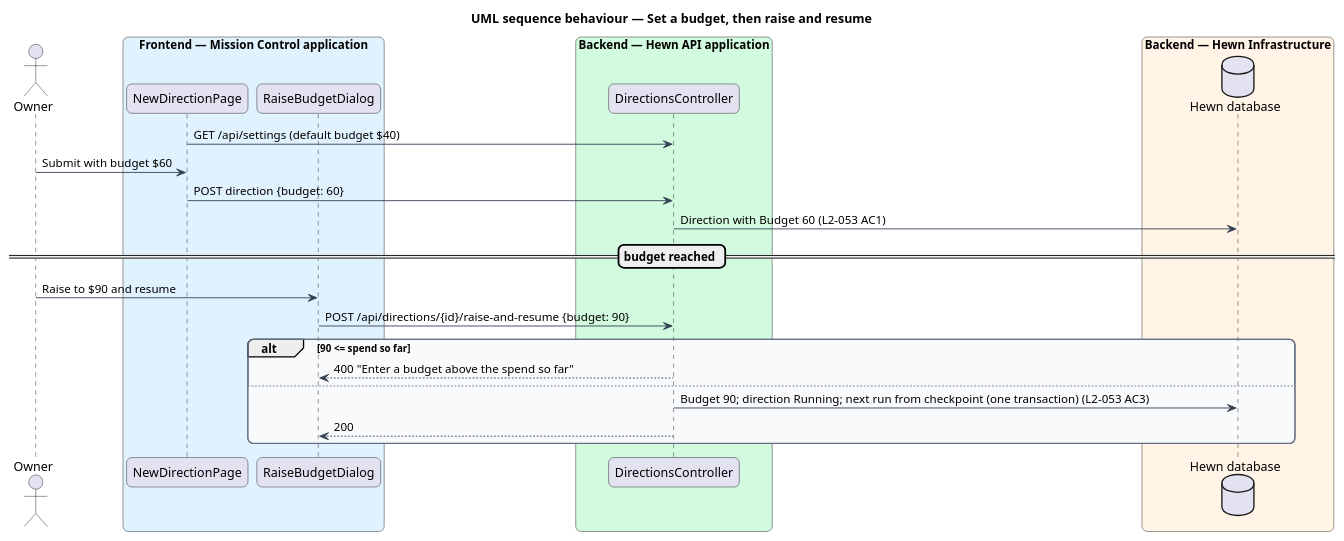
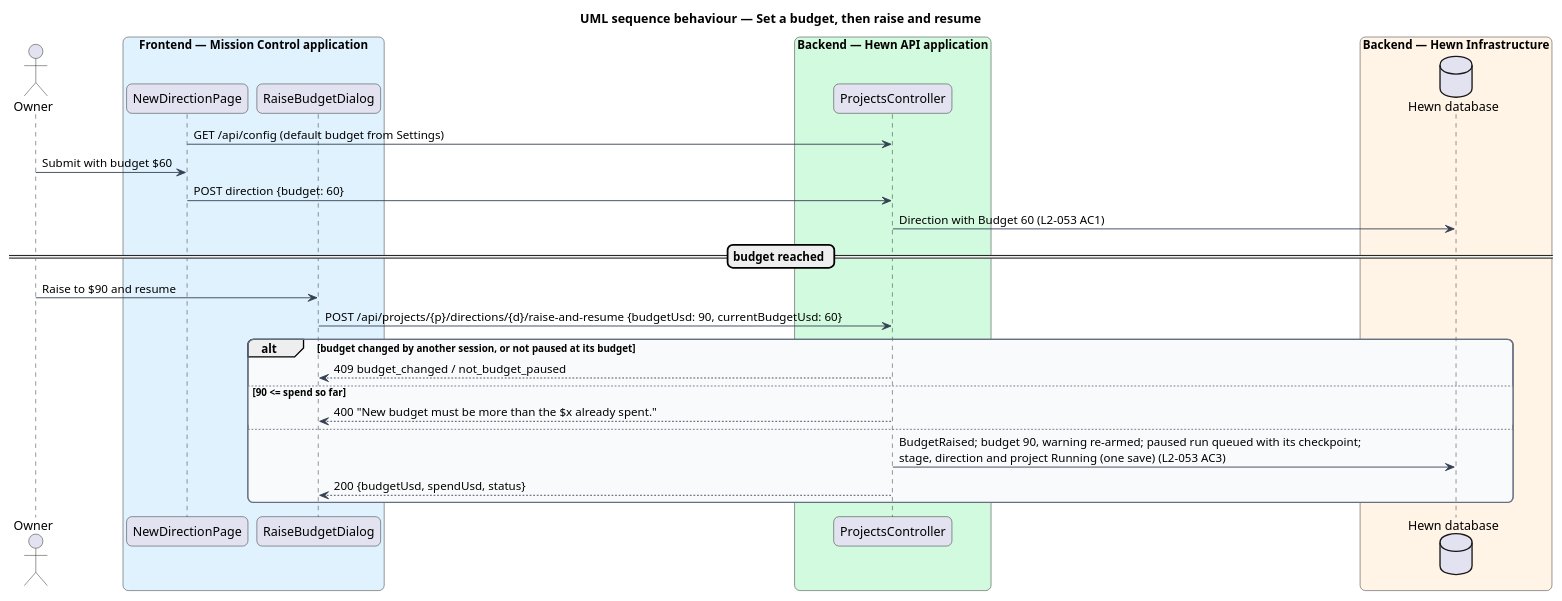
Before and after one commit to QuinntyneBrown/hewn: the diagram in docs/detailed-designs/governance/spend-and-budgets/diagrams/sequence-raise-and-resume.puml, drawn with PlantUML. The commit also changed 46 other files, not shown here.

First line of the commit message:
Raise budget and resume (journey 5, L2-053, L2-029) (#13)

```diff
--- a/docs/detailed-designs/governance/spend-and-budgets/diagrams/sequence-raise-and-resume.puml
+++ b/docs/detailed-designs/governance/spend-and-budgets/diagrams/sequence-raise-and-resume.puml
@@ -1,42 +1,44 @@
 @startuml
 title UML sequence behaviour — Set a budget, then raise and resume
 skinparam backgroundColor #FFFFFF
 skinparam shadowing false
 skinparam roundcorner 12
 skinparam defaultFontName Arial
 skinparam ArrowColor #344054
 skinparam rectangle {
   BorderColor #344054
   FontColor #101828
 }
 skinparam package {
   BorderColor #667085
   FontColor #101828
   BackgroundColor #F9FAFB
 }
 skinparam sequenceMessageAlign left
 actor "Owner" as owner
 box "Frontend — Mission Control application" #E0F2FE
   participant "NewDirectionPage" as form
   participant "RaiseBudgetDialog" as dlg
 end box
 box "Backend — Hewn API application" #D1FADF
-  participant "DirectionsController" as ctrl
+  participant "ProjectsController" as ctrl
 end box
 box "Backend — Hewn Infrastructure" #FFF4E5
   database "Hewn database" as db
 end box
-form -> ctrl : GET /api/settings (default budget $40)
+form -> ctrl : GET /api/config (default budget from Settings)
 owner -> form : Submit with budget $60
 form -> ctrl : POST direction {budget: 60}
 ctrl -> db : Direction with Budget 60 (L2-053 AC1)
 == budget reached ==
 owner -> dlg : Raise to $90 and resume
-dlg -> ctrl : POST /api/directions/{id}/raise-and-resume {budget: 90}
-alt 90 <= spend so far
-  ctrl --> dlg : 400 "Enter a budget above the spend so far"
+dlg -> ctrl : POST /api/projects/{p}/directions/{d}/raise-and-resume {budgetUsd: 90, currentBudgetUsd: 60}
+alt budget changed by another session, or not paused at its budget
+  ctrl --> dlg : 409 budget_changed / not_budget_paused
+else 90 <= spend so far
+  ctrl --> dlg : 400 "New budget must be more than the $x already spent."
 else
-  ctrl -> db : Budget 90; direction Running; next run from checkpoint (one transaction) (L2-053 AC3)
-  ctrl --> dlg : 200
+  ctrl -> db : BudgetRaised; budget 90, warning re-armed; paused run queued with its checkpoint;\nstage, direction and project Running (one save) (L2-053 AC3)
+  ctrl --> dlg : 200 {budgetUsd, spendUsd, status}
 end
 @enduml
```
